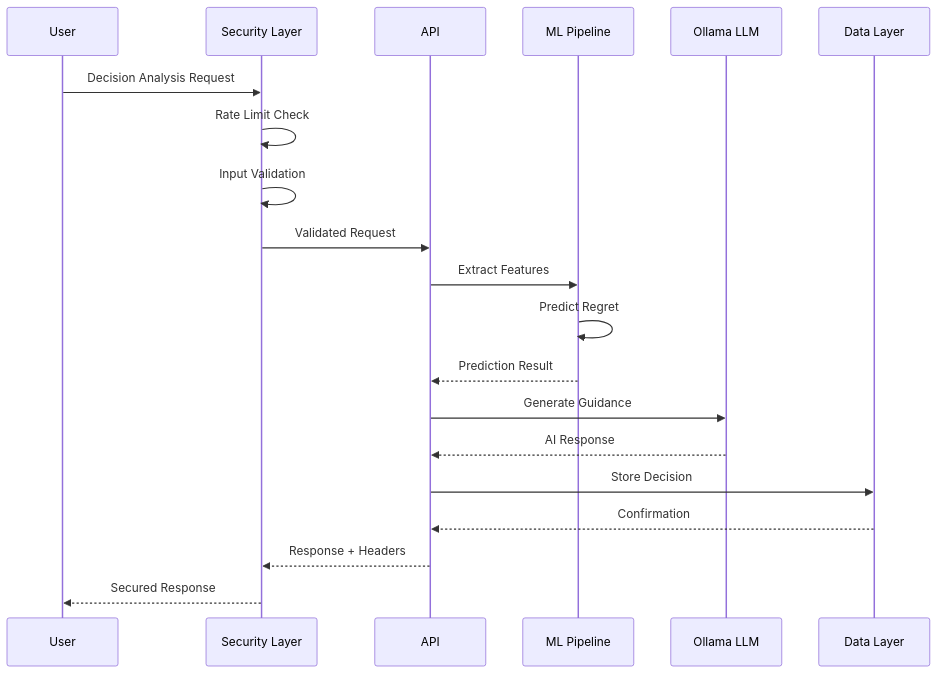
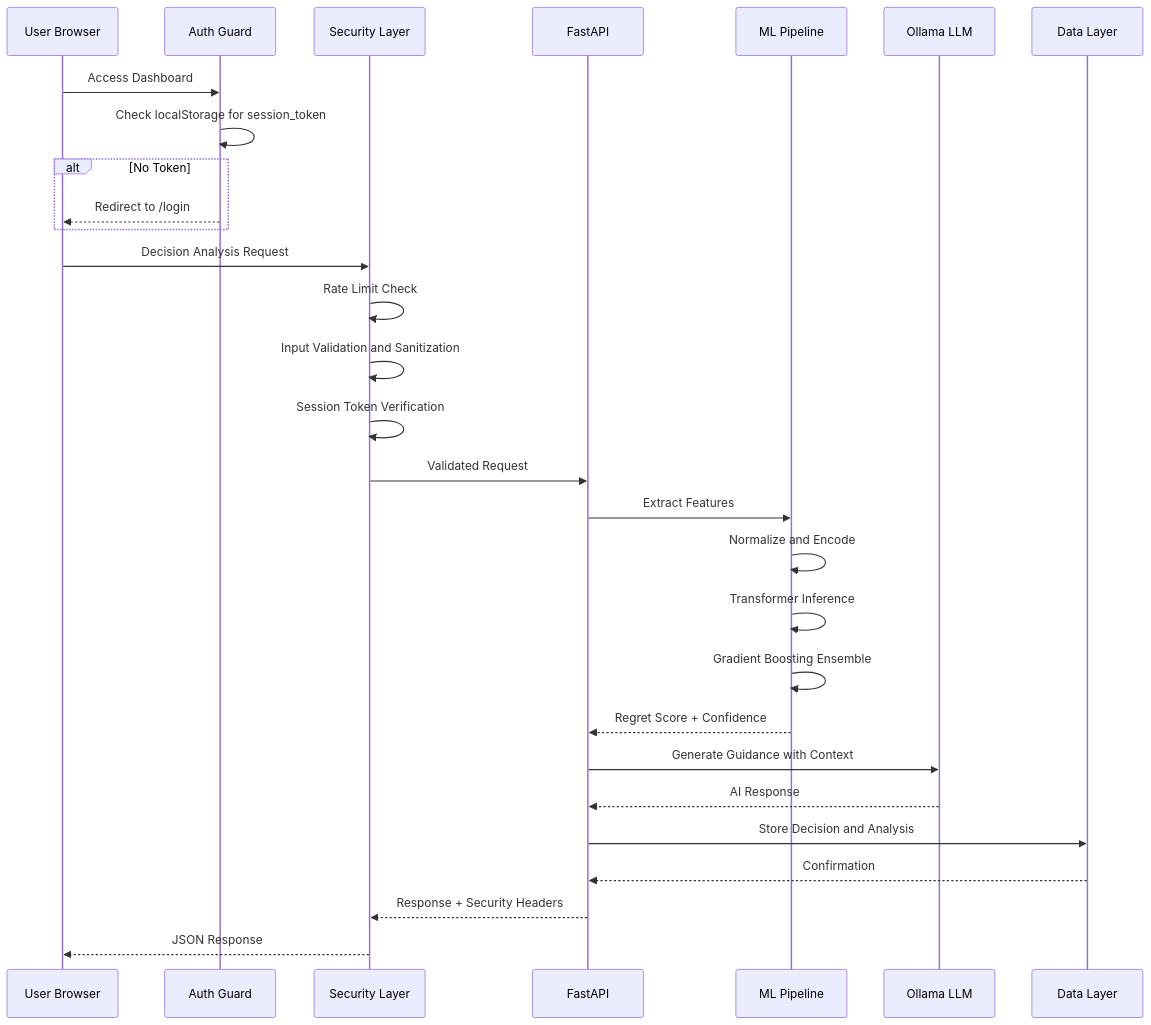
The second of 5 diagrams in README.md (sayon999-d/career-regret-ai-), drawn with Mermaid before and after one commit. The commit also changed other lines of this file and 26 other files, not shown here.

````diff
--- a/README.md
+++ b/README.md
@@ -95,27 +183,37 @@
 ```mermaid
 sequenceDiagram
-    participant U as User
+    participant U as User Browser
+    participant AG as Auth Guard
     participant S as Security Layer
-    participant A as API
+    participant A as FastAPI
     participant ML as ML Pipeline
     participant LLM as Ollama LLM
     participant DB as Data Layer
 
+    U->>AG: Access Dashboard
+    AG->>AG: Check localStorage for session_token
+    alt No Token
+        AG-->>U: Redirect to /login
+    end
+
     U->>S: Decision Analysis Request
     S->>S: Rate Limit Check
-    S->>S: Input Validation
+    S->>S: Input Validation and Sanitization
+    S->>S: Session Token Verification
     S->>A: Validated Request
-    
+
     A->>ML: Extract Features
-    ML->>ML: Predict Regret
-    ML-->>A: Prediction Result
-    
-    A->>LLM: Generate Guidance
+    ML->>ML: Normalize and Encode
+    ML->>ML: Transformer Inference
+    ML->>ML: Gradient Boosting Ensemble
+    ML-->>A: Regret Score + Confidence
+
+    A->>LLM: Generate Guidance with Context
     LLM-->>A: AI Response
-    
-    A->>DB: Store Decision
+
+    A->>DB: Store Decision and Analysis
     DB-->>A: Confirmation
-    
-    A-->>S: Response + Headers
-    S-->>U: Secured Response
+
+    A-->>S: Response + Security Headers
+    S-->>U: JSON Response
 ```
````
